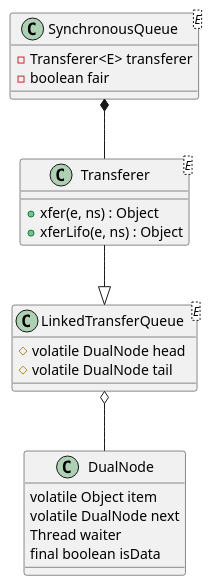
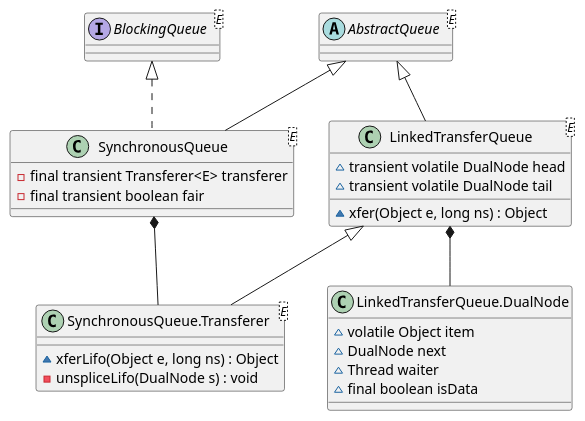
Before and after one commit to kevinwang930/kevinwang930.github.io: the fifth of 14 diagrams in content/post/java/concurrency/thread-pool-blocking-queue/index.md, drawn with PlantUML. The commit also changed other lines of this file and 1 other file, not shown here.

````diff
--- a/content/post/java/concurrency/thread-pool-blocking-queue/index.md
+++ b/content/post/java/concurrency/thread-pool-blocking-queue/index.md
@@ -277,29 +575,35 @@
 ```plantuml
 @startuml
+interface "BlockingQueue<E>" as BQ
+abstract class "AbstractQueue<E>" as AQ
 class "SynchronousQueue<E>" as SQ {
-    - Transferer<E> transferer
-    - boolean fair
+    - final transient Transferer<E> transferer
+    - final transient boolean fair
 }
 
-class "Transferer<E>" as Transferer {
-    + xfer(e, ns) : Object
-    + xferLifo(e, ns) : Object
+class "SynchronousQueue.Transferer<E>" as Transferer {
+    ~ xferLifo(Object e, long ns) : Object
+    - unspliceLifo(DualNode s) : void
 }
 
 class "LinkedTransferQueue<E>" as LTQ {
-    # volatile DualNode head
-    # volatile DualNode tail
+    ~ xfer(Object e, long ns) : Object
+    ~ transient volatile DualNode head
+    ~ transient volatile DualNode tail
 }
 
-class "DualNode" as DN {
-    volatile Object item
-    volatile DualNode next
-    Thread waiter
-    final boolean isData
+class "LinkedTransferQueue.DualNode" as DN {
+    ~ volatile Object item
+    ~ DualNode next
+    ~ Thread waiter
+    ~ final boolean isData
 }
 
+AQ <|-- LTQ
+AQ <|-- SQ
+BQ <|.. SQ
+LTQ <|-- Transferer
 SQ *-- Transferer
-Transferer --|> LTQ
-LTQ o-- DN
+LTQ *-- DN
 @enduml
 ```
````
